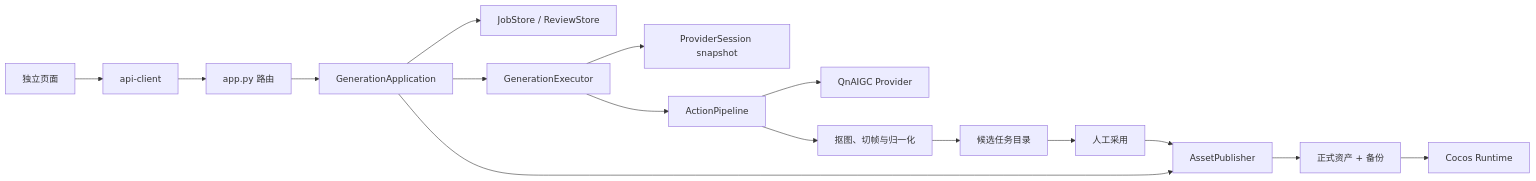
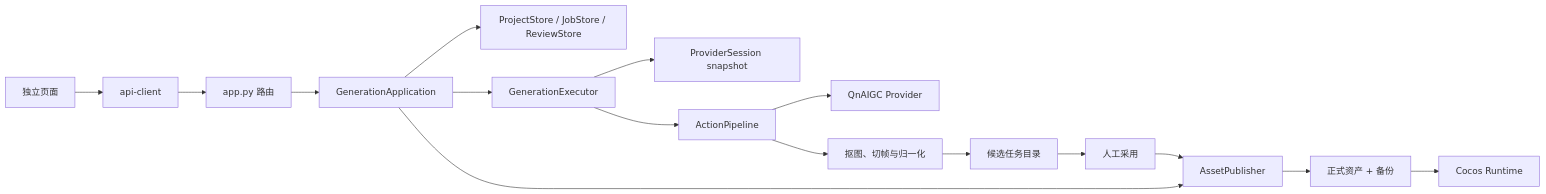
One commit to huyanxius/windup-asset-lab changed the diagram in docs/ARCHITECTURE.md. Above: the diagram before and after it, drawn with Mermaid. The commit also changed other lines of this file and 6 other files, not shown here.

Commit message:
feat: add the MS1 project graph and asset tree

````diff
--- a/docs/ARCHITECTURE.md
+++ b/docs/ARCHITECTURE.md
@@ -81,18 +83,18 @@
 ```mermaid
 flowchart LR
   UI["独立页面"] --> API["api-client"]
   API --> HTTP["app.py 路由"]
   HTTP --> App["GenerationApplication"]
-  App --> Store["JobStore / ReviewStore"]
+  App --> Store["ProjectStore / JobStore / ReviewStore"]
   App --> Executor["GenerationExecutor"]
   App --> Publisher["AssetPublisher"]
   Executor --> Session["ProviderSession snapshot"]
   Executor --> Pipeline["ActionPipeline"]
   Pipeline --> Provider["QnAIGC Provider"]
   Pipeline --> Process["抠图、切帧与归一化"]
   Process --> Candidate["候选任务目录"]
   Candidate --> Review["人工采用"]
   Review --> Publisher
   Publisher --> Assets["正式资产 + 备份"]
   Assets --> Cocos["Cocos Runtime"]
 ```
````
